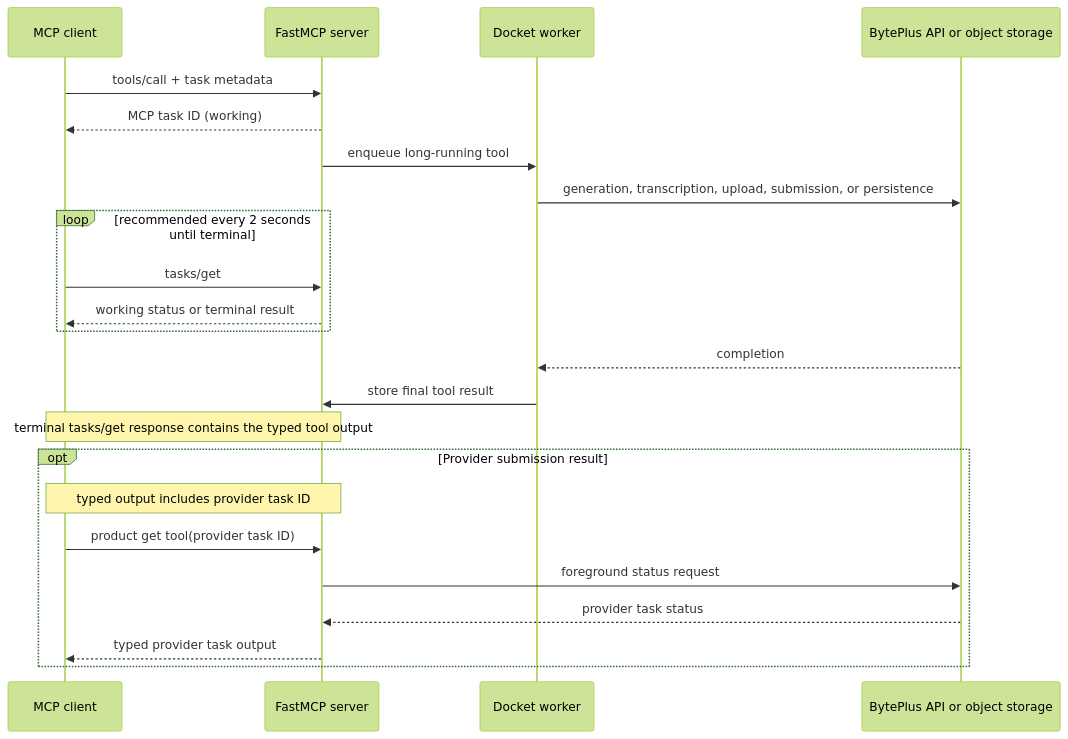
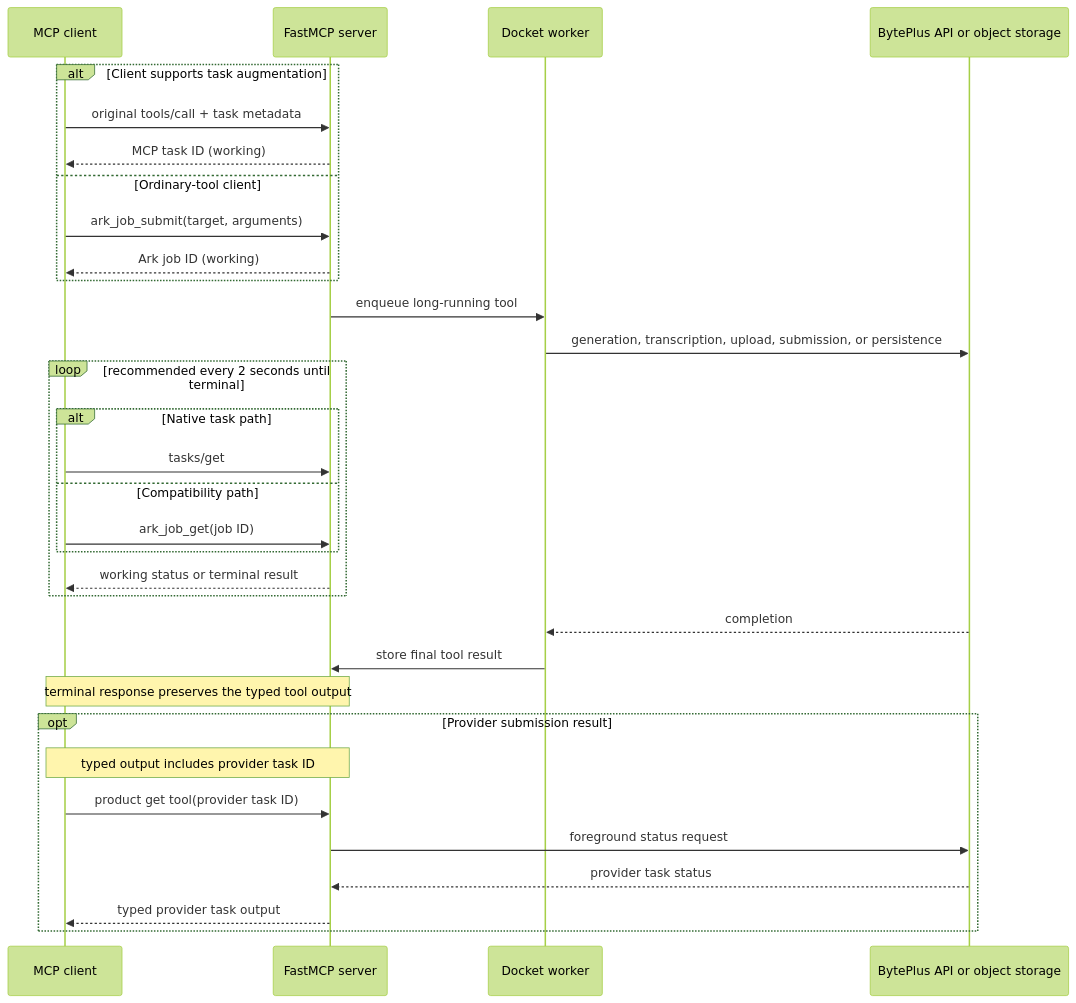
Before and after one commit to byteplus-sa/modelark-mcp: the second of 4 diagrams in docs/architecture.md, drawn with Mermaid (forest theme). The commit also changed other lines of this file and 27 other files, not shown here.

Commit message:
feat: add portable background job tools

````diff
--- a/docs/architecture.md
+++ b/docs/architecture.md
@@ -116,25 +123,34 @@
 ```mermaid
 sequenceDiagram
     participant C as MCP client
     participant S as FastMCP server
     participant W as Docket worker
     participant A as BytePlus API or object storage
-    C->>S: tools/call + task metadata
-    S-->>C: MCP task ID (working)
+    alt Client supports task augmentation
+        C->>S: original tools/call + task metadata
+        S-->>C: MCP task ID (working)
+    else Ordinary-tool client
+        C->>S: ark_job_submit(target, arguments)
+        S-->>C: Ark job ID (working)
+    end
     S->>W: enqueue long-running tool
     W->>A: generation, transcription, upload, submission, or persistence
     loop recommended every 2 seconds until terminal
-        C->>S: tasks/get
+        alt Native task path
+            C->>S: tasks/get
+        else Compatibility path
+            C->>S: ark_job_get(job ID)
+        end
         S-->>C: working status or terminal result
     end
     A-->>W: completion
     W->>S: store final tool result
-    Note over C,S: terminal tasks/get response contains the typed tool output
+    Note over C,S: terminal response preserves the typed tool output
     opt Provider submission result
         Note over S,C: typed output includes provider task ID
         C->>S: product get tool(provider task ID)
         S->>A: foreground status request
         A-->>S: provider task status
         S-->>C: typed provider task output
     end
 ```
````
